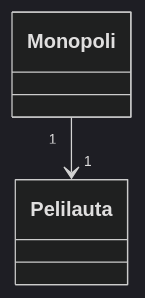
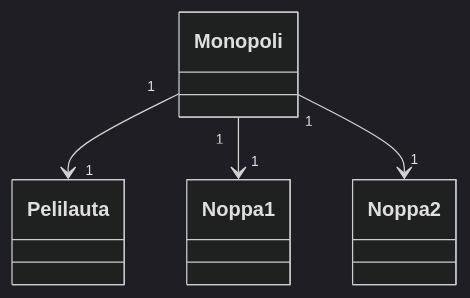
Before and after one commit to jannelem/ot-harjoitustyo-jannelem: the diagram in laskarit/viikko3/kaaviot.md, drawn with Mermaid (dark theme).

````diff
--- a/laskarit/viikko3/kaaviot.md
+++ b/laskarit/viikko3/kaaviot.md
@@ -5,4 +5,6 @@
 ```mermaid
 	classDiagram
 		Monopoli "1" --> "1" Pelilauta
+		Monopoli "1" --> "1" Noppa1
+		Monopoli "1" --> "1" Noppa2
 ```
````
